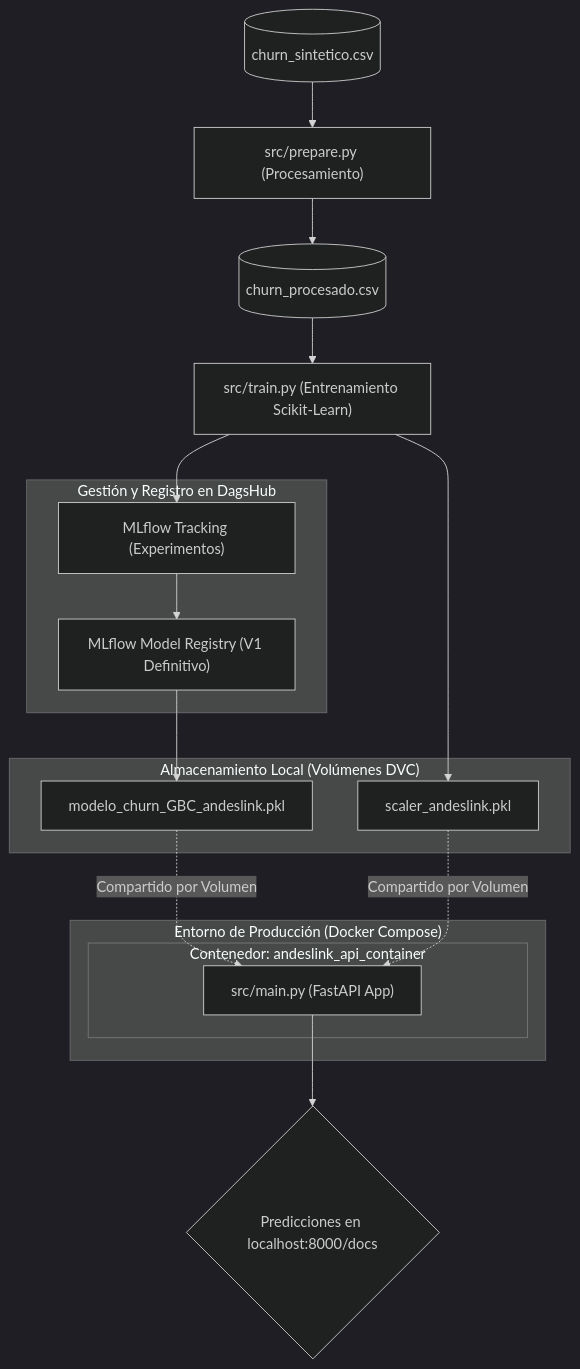
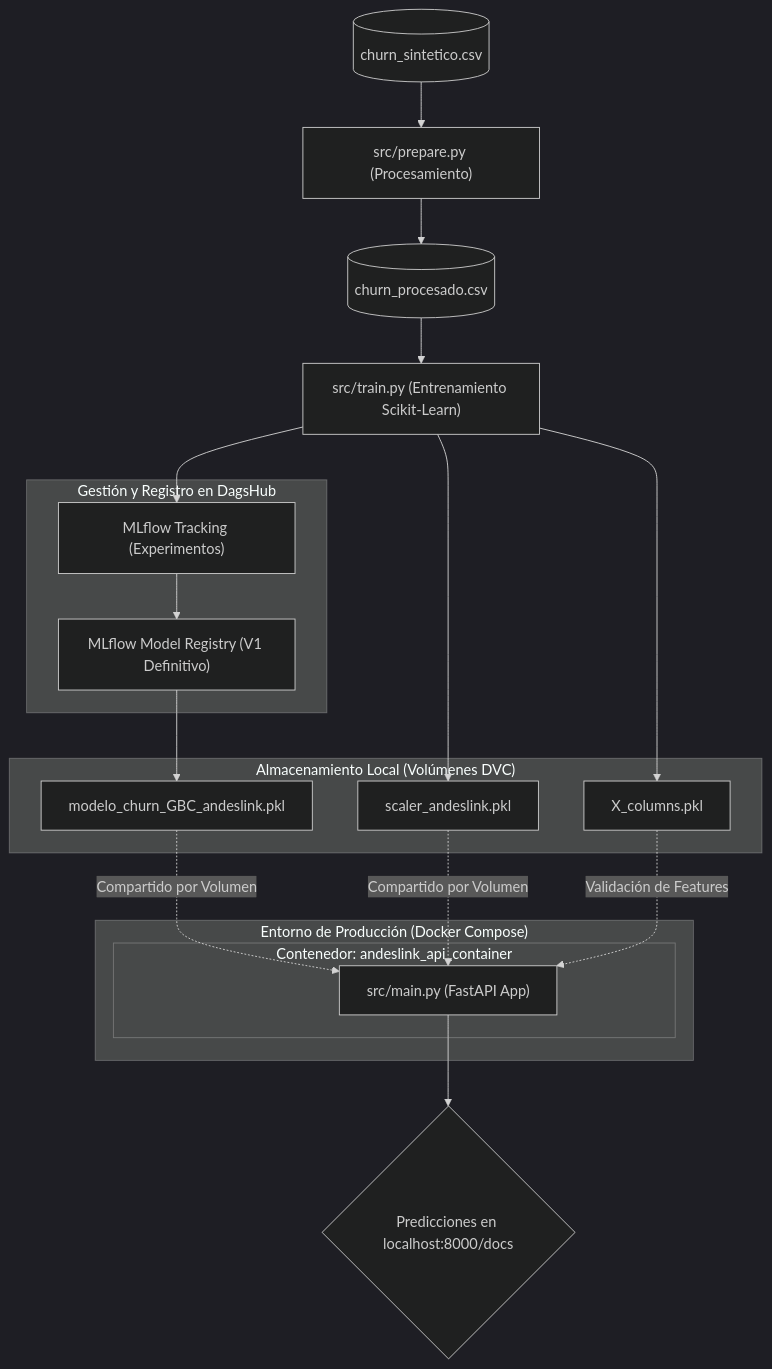
The diagram in README.md (JuanManuelResquin84/Portafolio_03_Proyecto_AndesLink_MLOps), drawn with Mermaid before and after one commit. The commit also changed other lines of this file, not shown here.

````diff
--- a/README.md
+++ b/README.md
@@ -16,35 +16,38 @@
 ```mermaid 
 %%{init: {'theme': 'dark'}}%%
 graph TD
     DATA_RAW[(churn_sintetico.csv)] --> P_PREP["src/prepare.py (Procesamiento)"]
     P_PREP --> DATA_PROC[(churn_procesado.csv)]
     
     DATA_PROC --> P_TRAIN["src/train.py (Entrenamiento Scikit-Learn)"]
     
     subgraph MLOps_Stack ["Gestión y Registro en DagsHub"]
         TRACK["MLflow Tracking (Experimentos)"]
         REG["MLflow Model Registry (V1 Definitivo)"]
     end
     
     P_TRAIN --> TRACK
     TRACK --> REG
     
     subgraph Local ["Almacenamiento Local (Volúmenes DVC)"]
         M1["modelo_churn_GBC_andeslink.pkl"]
         S1["scaler_andeslink.pkl"]
+        X1["X_columns.pkl"]
     end
     
     REG --> M1
     P_TRAIN --> S1
+    P_TRAIN --> X1
 
     subgraph Docker_Env ["Entorno de Producción (Docker Compose)"]
         subgraph Contenedor ["Contenedor: andeslink_api_container"]
             API["src/main.py (FastAPI App)"]
         end
     end
 
     M1 -.->|Compartido por Volumen| API
     S1 -.->|Compartido por Volumen| API
+    X1 -.->|Validación de Features| API
     
     API --> RES{"Predicciones en localhost:8000/docs"}
 ```
````
